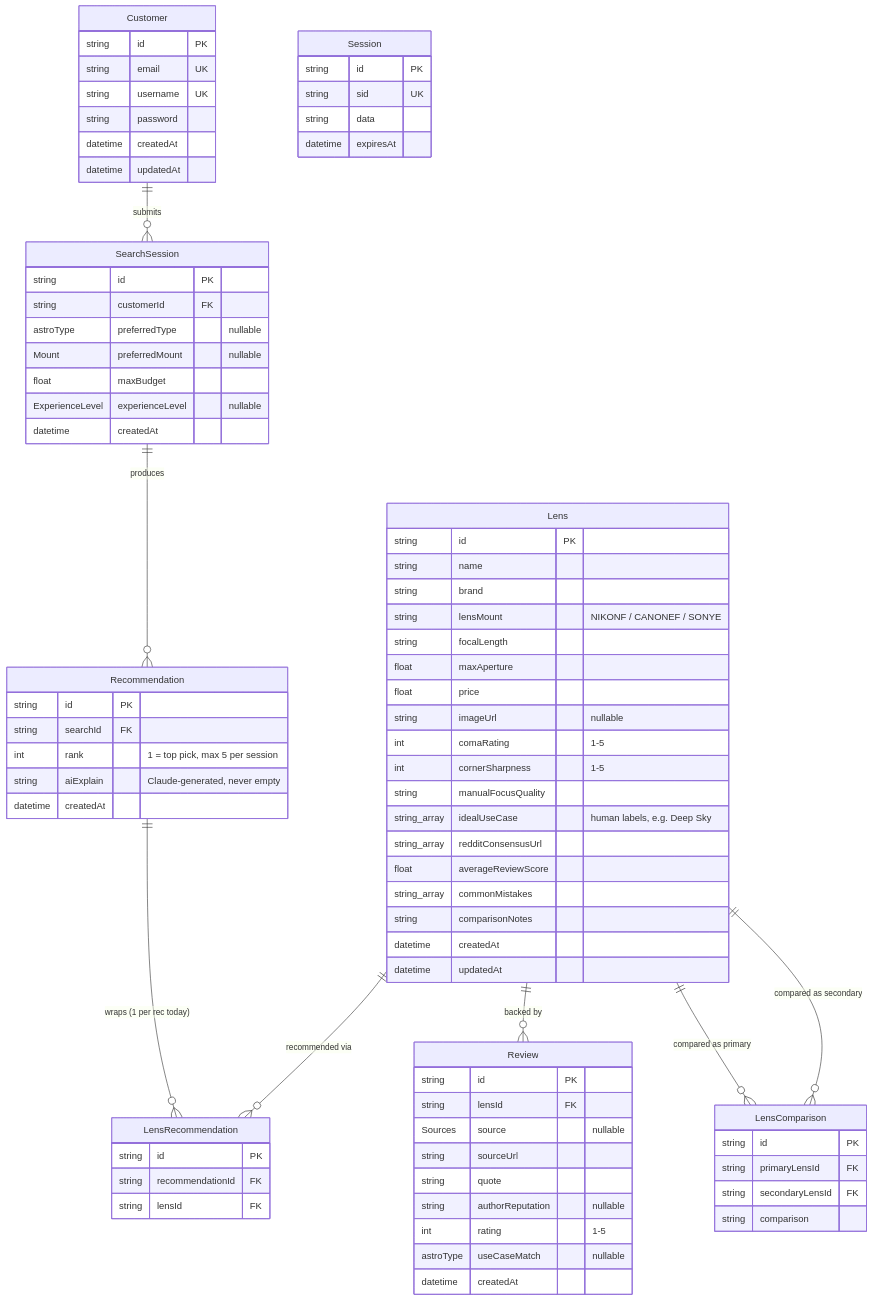
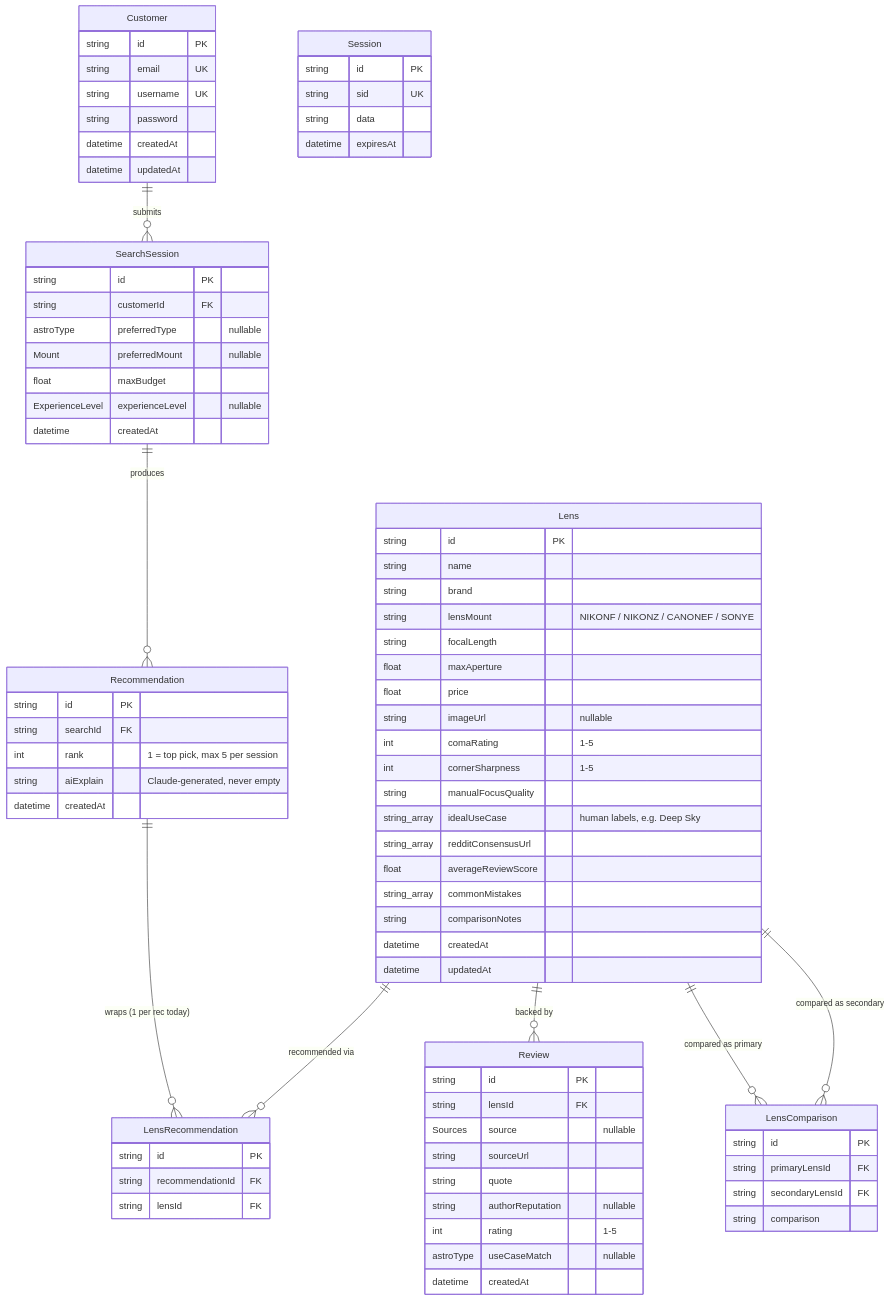
Before and after one commit to amxza/FocusFinder: the diagram in focusproj/docs/database-schema.md, drawn with Mermaid. The commit also changed 10 other files, not shown here.

```diff
--- a/focusproj/docs/database-schema.md
+++ b/focusproj/docs/database-schema.md
@@ -49,7 +49,7 @@
         string id PK
         string name
         string brand
-        string lensMount "NIKONF / CANONEF / SONYE"
+        string lensMount "NIKONF / NIKONZ / CANONEF / SONYE"
         string focalLength
         float maxAperture
         float price
```
